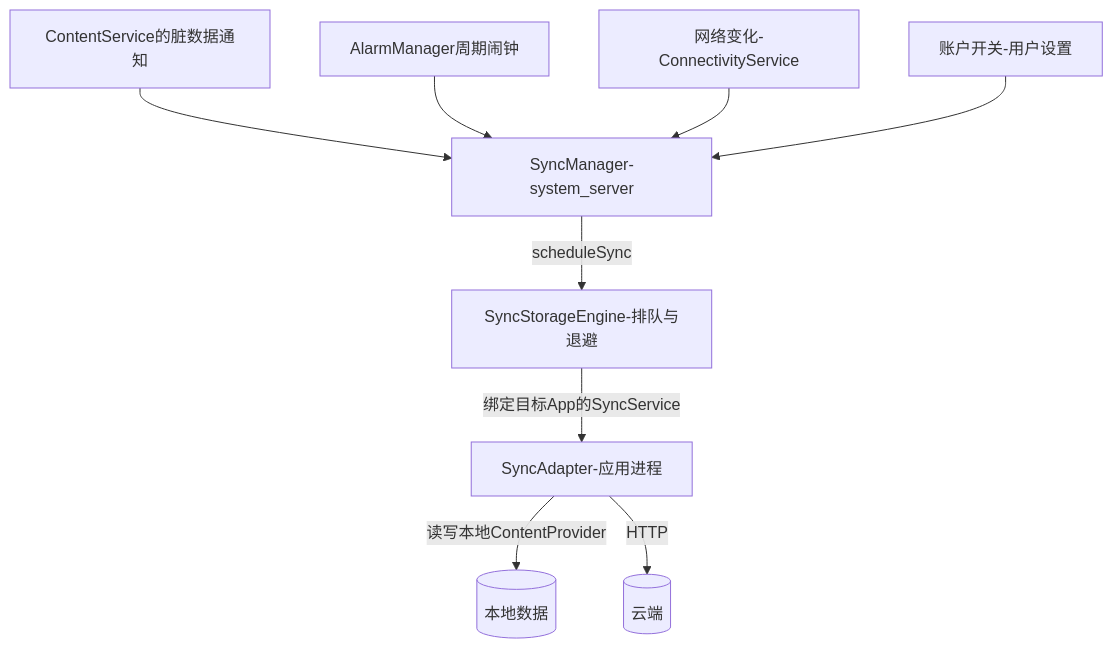
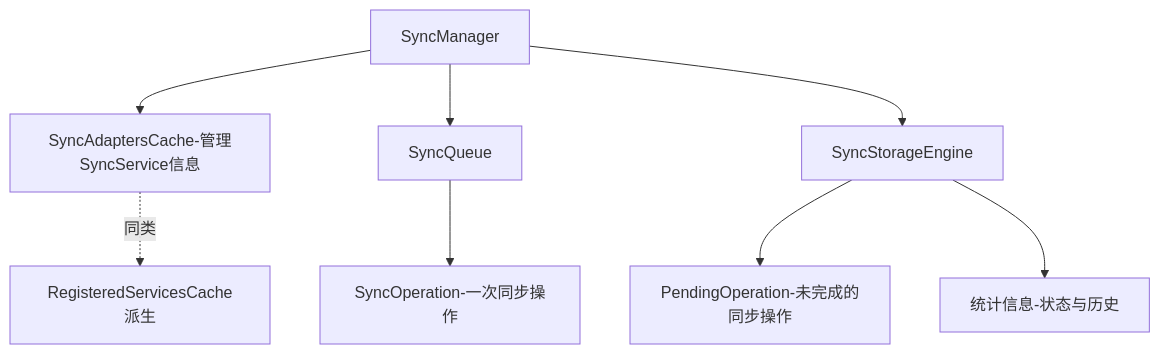
The eighth of 10 diagrams in Android/深入理解Android卷II/07-深入理解ContentService和AccountManagerService.md (coswit/coswit.github.io), drawn with Mermaid before and after one commit. The commit also changed other lines of this file and 7 other files, not shown here.

````diff
--- a/Android/深入理解Android卷II/07-深入理解ContentService和AccountManagerService.md
+++ b/Android/深入理解Android卷II/07-深入理解ContentService和AccountManagerService.md
@@ -150,11 +924,10 @@
 ```mermaid
 graph TD
-    A[ContentService的脏数据通知] --> S[SyncManager-system_server]
-    E[AlarmManager周期闹钟] --> S
-    N[网络变化-ConnectivityService] --> S
-    U[账户开关-用户设置] --> S
-    S -->|scheduleSync| Q[SyncStorageEngine-排队与退避]
-    Q -->|绑定目标App的SyncService| SA[SyncAdapter-应用进程]
-    SA -->|读写本地ContentProvider| P[(本地数据)]
-    SA -->|HTTP| C[(云端)]
+    SM[SyncManager] --> SAC[SyncAdaptersCache-管理SyncService信息]
+    SM --> SQ[SyncQueue]
+    SQ --> OP[SyncOperation-一次同步操作]
+    SM --> SSE[SyncStorageEngine]
+    SSE --> PO[PendingOperation-未完成的同步操作]
+    SSE --> ST[统计信息-状态与历史]
+    SAC -.同类.-> RSC2[RegisteredServicesCache派生]
 ```
````
